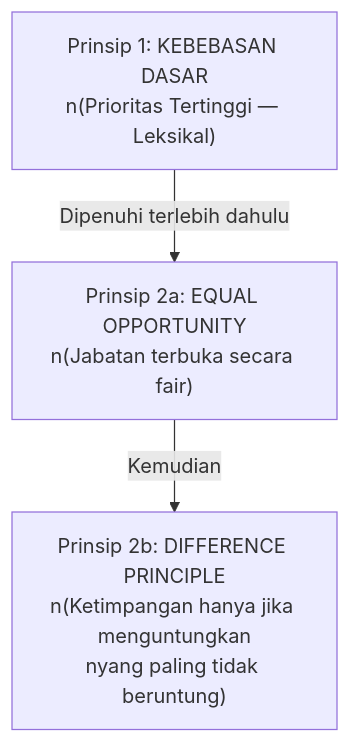
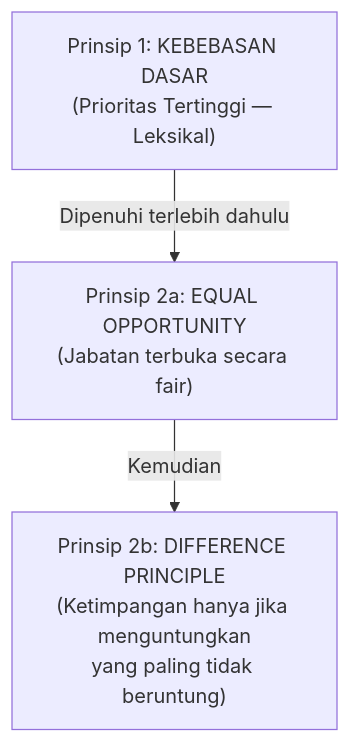
Before and after one commit to hifdzimaulana/beate-vivere: the seventh of 10 diagrams in content/Lectures/filsafat-hukum-postmidterm.md, drawn with Mermaid. The commit also changed other lines of this file and 1 other file, not shown here.

````diff
--- a/content/Lectures/filsafat-hukum-postmidterm.md
+++ b/content/Lectures/filsafat-hukum-postmidterm.md
@@ -472,8 +450,8 @@
 ```mermaid
 graph TD
-    A["Prinsip 1: KEBEBASAN DASAR<br/>n(Prioritas Tertinggi — Leksikal)"]
-    B["Prinsip 2a: EQUAL OPPORTUNITY<br/>n(Jabatan terbuka secara fair)"]
-    C["Prinsip 2b: DIFFERENCE PRINCIPLE<br/>n(Ketimpangan hanya jika menguntungkan<br/>nyang paling tidak beruntung)"]
+    A["Prinsip 1: KEBEBASAN DASAR</br>(Prioritas Tertinggi — Leksikal)"]
+    B["Prinsip 2a: EQUAL OPPORTUNITY</br>(Jabatan terbuka secara fair)"]
+    C["Prinsip 2b: DIFFERENCE PRINCIPLE</br>(Ketimpangan hanya jika menguntungkan</br>yang paling tidak beruntung)"]
     A --> |"Dipenuhi terlebih dahulu"| B
     B --> |"Kemudian"| C
 ```
````
